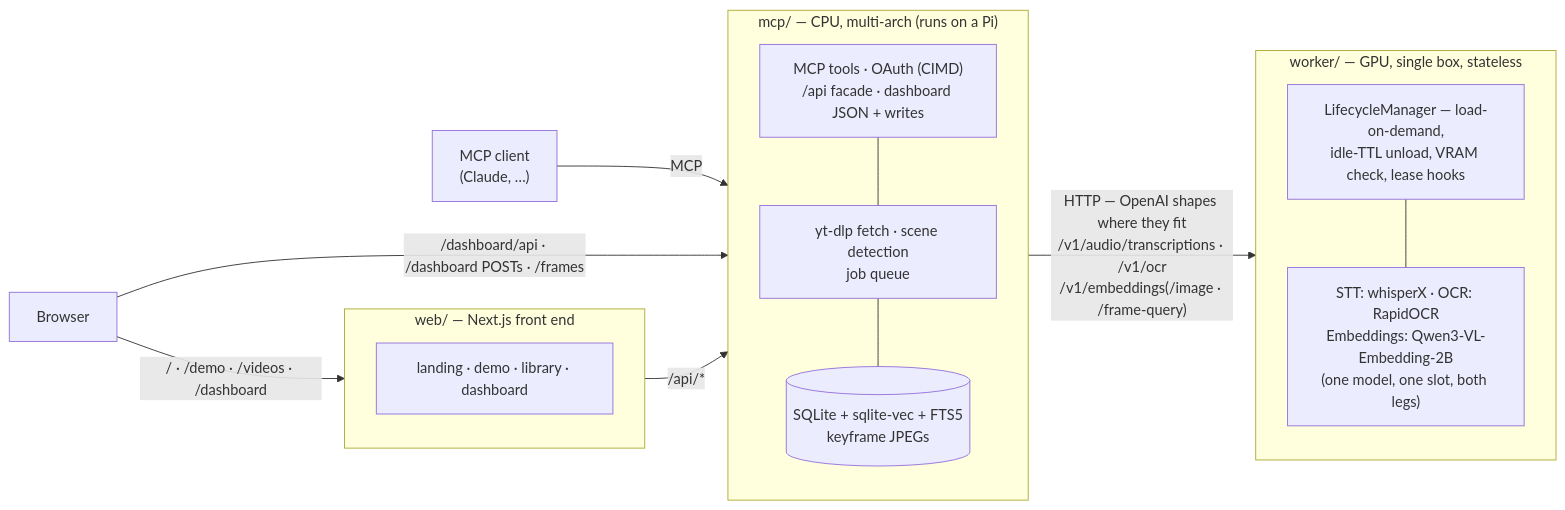
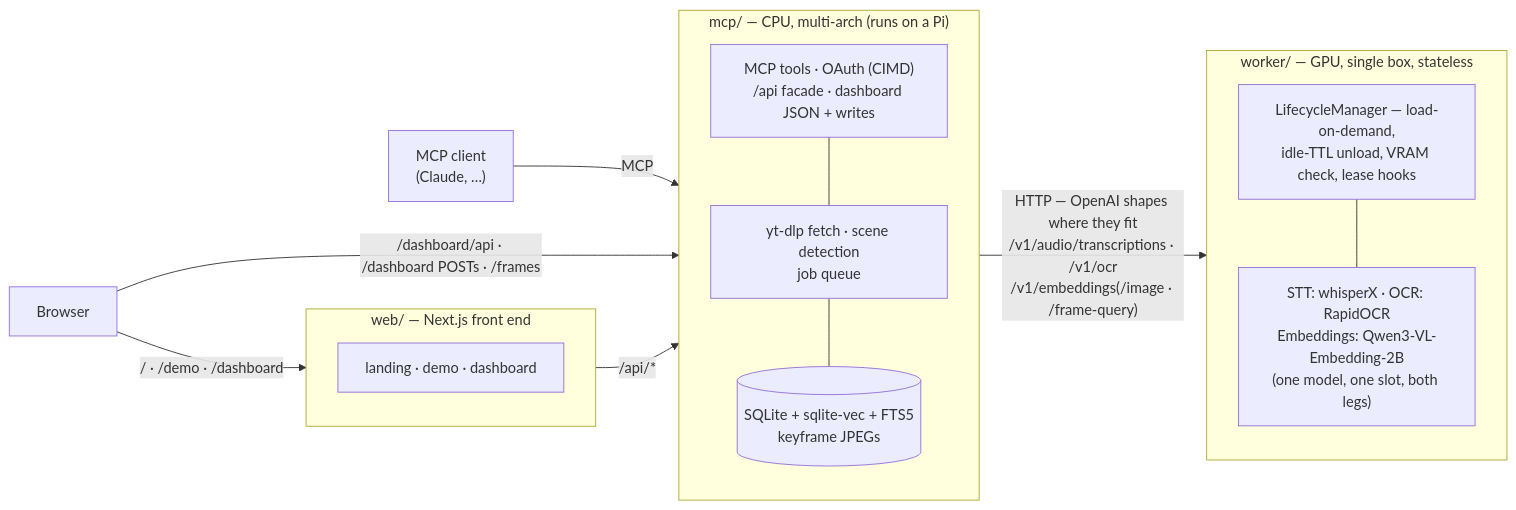
Before and after one commit to T0mSIlver/vidtheque: the diagram in README.md, drawn with Mermaid. The commit also changed 4 other files, not shown here.

````diff
--- a/README.md
+++ b/README.md
@@ -67,20 +67,20 @@
 ```mermaid
 flowchart LR
     client["MCP client<br/>(Claude, …)"] -->|MCP| MCP
-    browser["Browser"] -->|"/ · /demo · /videos · /dashboard"| Web
+    browser["Browser"] -->|"/ · /demo · /dashboard"| Web
     browser -->|"/dashboard/api · /dashboard POSTs · /frames"| MCP
     subgraph Web ["web/ — Next.js front end"]
-        pages["landing · demo · library · dashboard"]
+        pages["landing · demo · dashboard"]
     end
     Web -->|"/api/*"| MCP
     subgraph MCP ["mcp/ — CPU, multi-arch (runs on a Pi)"]
         surface["MCP tools · OAuth (CIMD)<br/>/api facade · dashboard JSON + writes"] ---
         pipeline["yt-dlp fetch · scene detection<br/>job queue"] ---
         store[("SQLite + sqlite-vec + FTS5<br/>keyframe JPEGs")]
     end
     MCP -->|"HTTP — OpenAI shapes where they fit<br/>/v1/audio/transcriptions · /v1/ocr<br/>/v1/embeddings(/image · /frame-query)"| Worker
     subgraph Worker ["worker/ — GPU, single box, stateless"]
         lm["LifecycleManager — load-on-demand,<br/>idle-TTL unload, VRAM check, lease hooks"] ---
         backends["STT: whisperX · OCR: RapidOCR<br/>Embeddings: Qwen3-VL-Embedding-2B<br/>(one model, one slot, both legs)"]
     end
 ```
````
